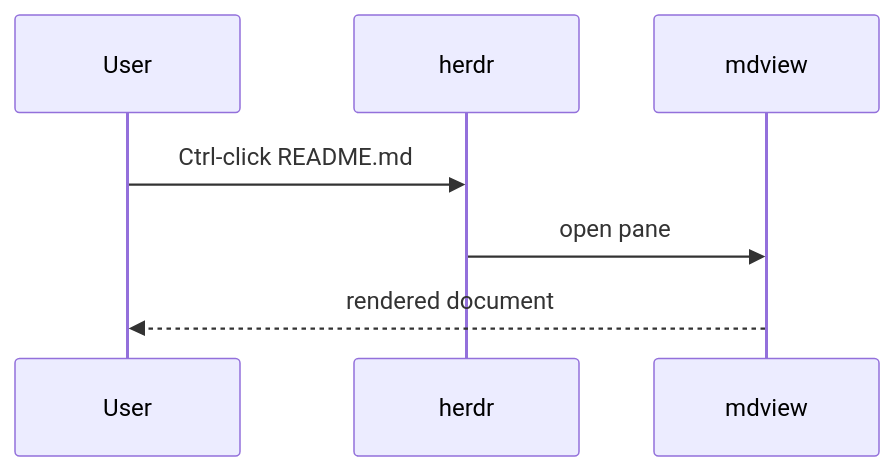
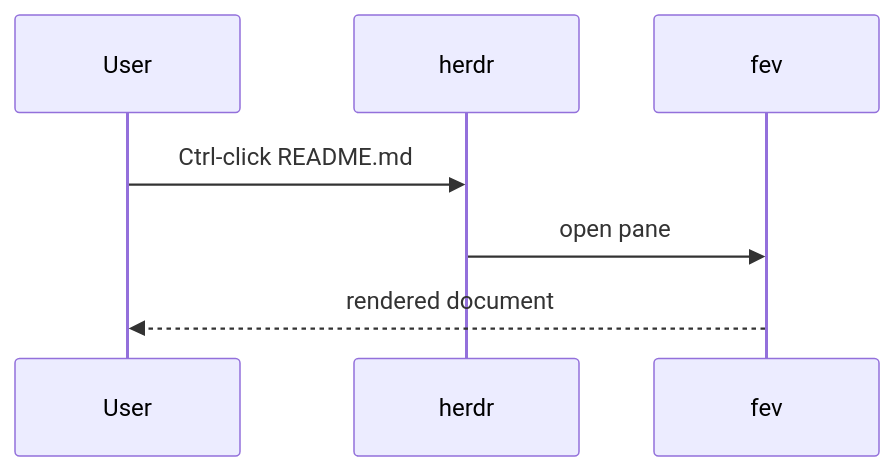
Before and after one commit to Freddy-system/file-editor-viewer: the second of 3 diagrams in examples/demo.md, drawn with Mermaid. The commit also changed other lines of this file and 57 other files, not shown here.

````diff
--- a/examples/demo.md
+++ b/examples/demo.md
@@ -69,9 +69,9 @@
 ```mermaid
 sequenceDiagram
     participant U as User
     participant H as herdr
-    participant M as mdview
+    participant M as fev
     U->>H: Ctrl-click README.md
     H->>M: open pane
     M-->>U: rendered document
 ```
````
